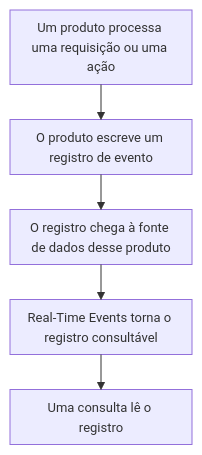
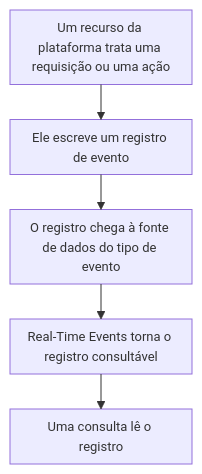
One commit to aziontech/docs changed the first of 2 diagrams in apps/docs/src/content/docs/pt-br/pages/observe/real-time-events/como-funciona.mdx. Above: the diagram before and after it, drawn with Mermaid. The commit also changed other lines of this file and 41 other files, not shown here.

````diff
--- a/apps/docs/src/content/docs/pt-br/pages/observe/real-time-events/como-funciona.mdx
+++ b/apps/docs/src/content/docs/pt-br/pages/observe/real-time-events/como-funciona.mdx
@@ -26,8 +26,8 @@
 ```mermaid
 %%{init: {"layout": "elk", "themeVariables": {"fontSize": "13px"}, "flowchart": {"nodeSpacing": 24, "rankSpacing": 36, "padding": 8, "wrappingWidth": 150, "useMaxWidth": true}, "sequence": {"width": 120, "actorMargin": 30, "useMaxWidth": true}}}%%
 flowchart TD
-  Act["Um produto processa uma requisição ou uma ação"] --> Write["O produto escreve um registro de evento"]
-  Write --> Land["O registro chega à fonte de dados desse produto"]
+  Act["Um recurso da plataforma trata uma requisição ou uma ação"] --> Write["Ele escreve um registro de evento"]
+  Write --> Land["O registro chega à fonte de dados do tipo de evento"]
   Land --> Ready["Real-Time Events torna o registro consultável"]
   Ready --> Read["Uma consulta lê o registro"]
 ```
````
